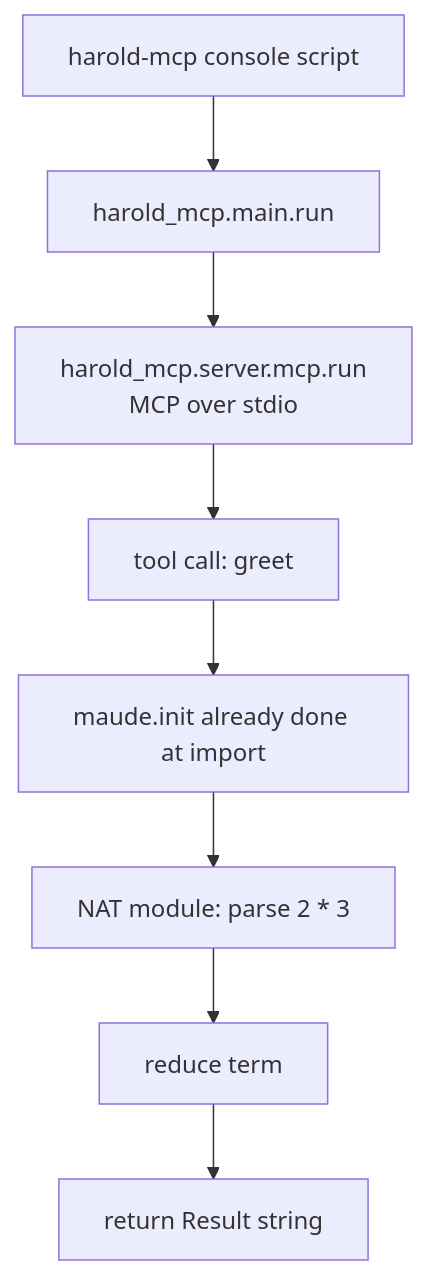
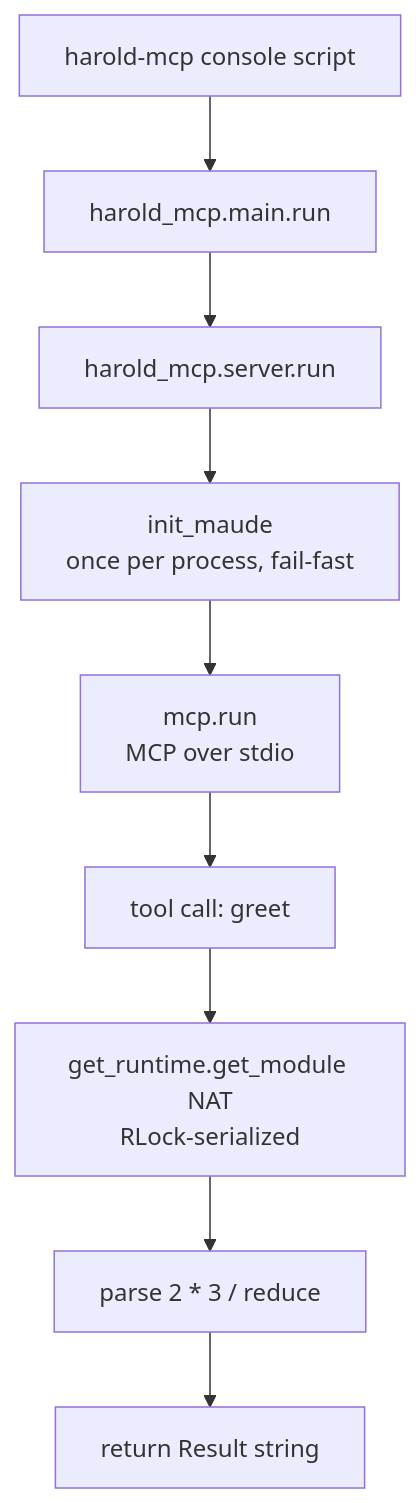
The first of 2 diagrams in harold-mcp/.agents/summary/workflows.md (demiourgoi/Harold), drawn with Mermaid before and after one commit. The commit also changed other lines of this file and 8 other files, not shown here.

````diff
--- a/harold-mcp/.agents/summary/workflows.md
+++ b/harold-mcp/.agents/summary/workflows.md
@@ -21,10 +21,11 @@
 ```mermaid
 flowchart TD
     A[harold-mcp console script] --> B[harold_mcp.main.run]
-    B --> C[harold_mcp.server.mcp.run<br>MCP over stdio]
-    C --> D[tool call: greet]
-    D --> E[maude.init already done at import]
-    E --> F[NAT module: parse 2 * 3]
-    F --> G[reduce term]
-    G --> H[return Result string]
+    B --> C[harold_mcp.server.run]
+    C --> D[init_maude<br>once per process, fail-fast]
+    D --> E[mcp.run<br>MCP over stdio]
+    E --> F[tool call: greet]
+    F --> G[get_runtime.get_module NAT<br>RLock-serialized]
+    G --> H[parse 2 * 3 / reduce]
+    H --> I[return Result string]
 ```
````
